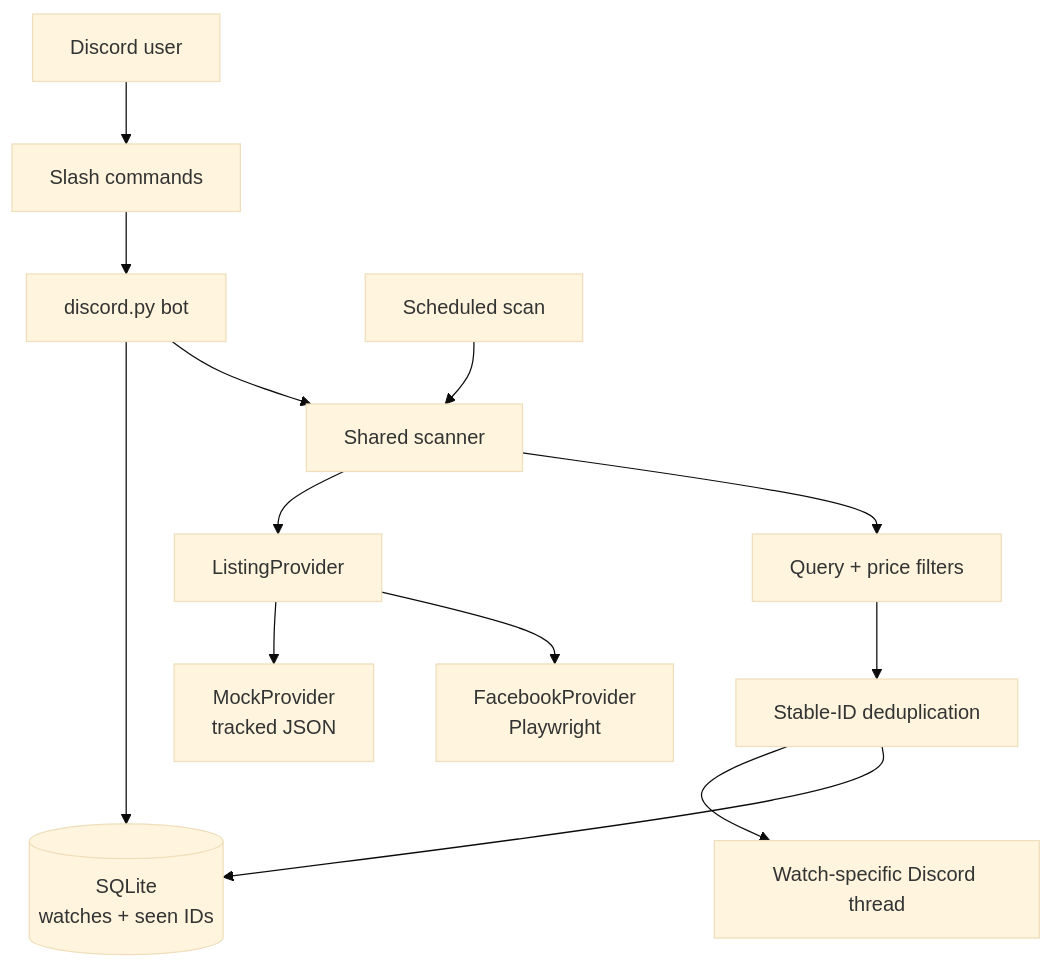
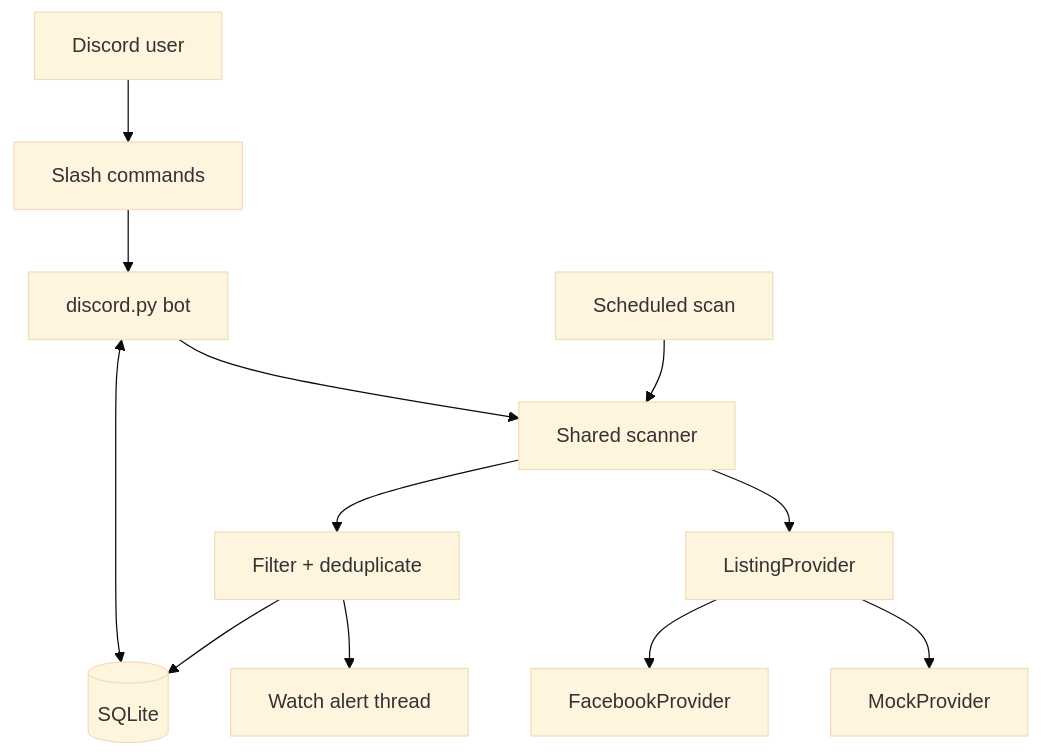
Before and after one commit to soham01-eng/marketplace_discord_bot: the diagram in README.md, drawn with Mermaid (base theme). The commit also changed other lines of this file and 1 other file, not shown here.

````diff
--- a/README.md
+++ b/README.md
@@ -48,15 +57,14 @@
 ```mermaid
 flowchart TD
     User["Discord user"] --> Commands["Slash commands"]
     Commands --> Bot["discord.py bot"]
-    Bot --> DB[("SQLite\nwatches + seen IDs")]
+    Bot <--> DB[("SQLite")]
     Bot --> Scanner["Shared scanner"]
     Scheduler["Scheduled scan"] --> Scanner
-    Scanner --> Providers["ListingProvider"]
-    Providers --> Mock["MockProvider\ntracked JSON"]
-    Providers --> Facebook["FacebookProvider\nPlaywright"]
-    Scanner --> Filters["Query + price filters"]
-    Filters --> Dedupe["Stable-ID deduplication"]
-    Dedupe --> Thread["Watch-specific Discord thread"]
-    Dedupe --> DB
+    Scanner --> Provider["ListingProvider"]
+    Provider --> Mock["MockProvider"]
+    Provider --> Facebook["FacebookProvider"]
+    Scanner --> Rules["Filter + deduplicate"]
+    Rules --> Thread["Watch alert thread"]
+    Rules --> DB
 ```
````
